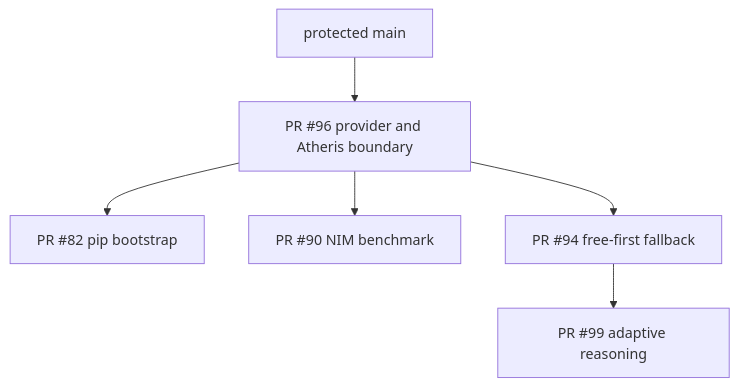
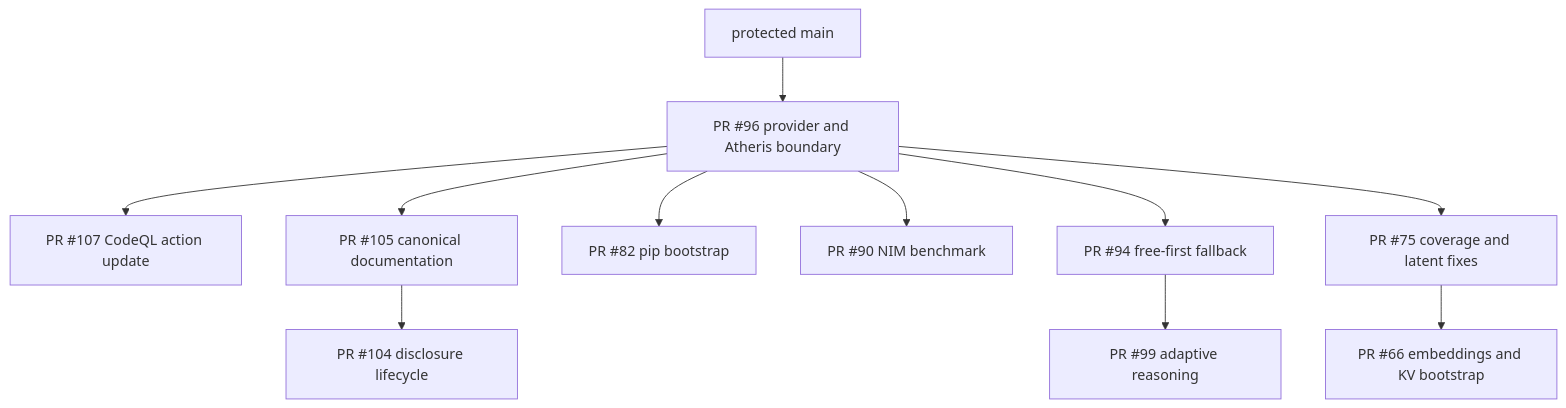
One commit to ContextualWisdomLab/contextual-orchestrator changed the diagram in docs/TRACEABILITY.md. Above: the diagram before and after it, drawn with Mermaid. The commit also changed other lines of this file and 1 other file, not shown here.

````diff
--- a/docs/TRACEABILITY.md
+++ b/docs/TRACEABILITY.md
@@ -89,8 +89,13 @@
 ```mermaid
 flowchart TB
     main["protected main"] --> pr96["PR #96 provider and Atheris boundary"]
+    pr96 --> pr107["PR #107 CodeQL action update"]
+    pr96 --> pr105["PR #105 canonical documentation"]
+    pr105 --> pr104["PR #104 disclosure lifecycle"]
     pr96 --> pr82["PR #82 pip bootstrap"]
     pr96 --> pr90["PR #90 NIM benchmark"]
     pr96 --> pr94["PR #94 free-first fallback"]
     pr94 --> pr99["PR #99 adaptive reasoning"]
+    pr96 --> pr75["PR #75 coverage and latent fixes"]
+    pr75 --> pr66["PR #66 embeddings and KV bootstrap"]
 ```
````
